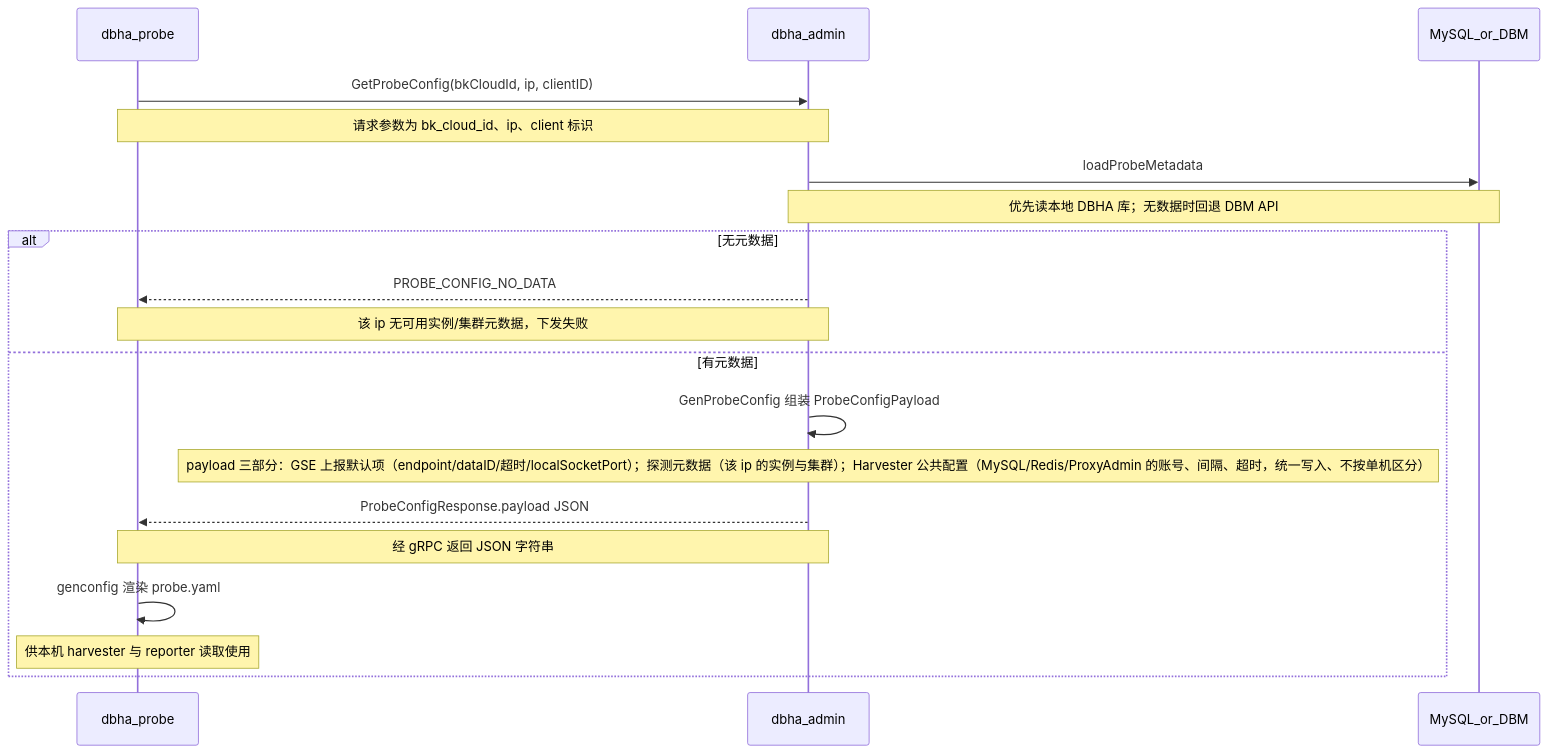
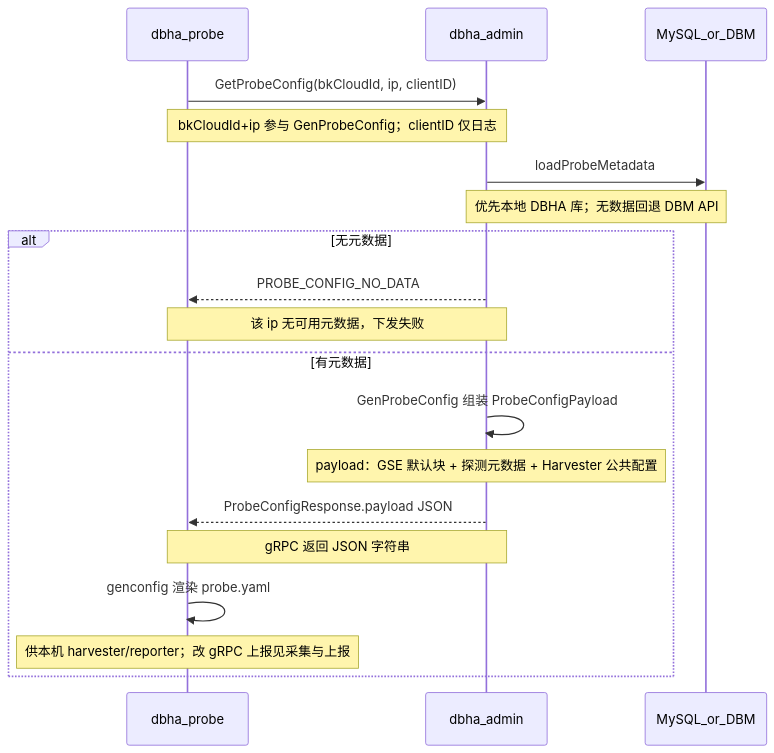
One commit to TencentBlueKing/blueking-dbm changed the diagram in dbm-services/common/dbha-v2/docs/flows/config-sync.md. Above: the diagram before and after it, drawn with Mermaid. The commit also changed other lines of this file and 8 other files, not shown here.

Commit message:
docs(dbha-v2): refine enter-window docs and Mermaid flowcharts. issue: #19000

````diff
--- a/dbm-services/common/dbha-v2/docs/flows/config-sync.md
+++ b/dbm-services/common/dbha-v2/docs/flows/config-sync.md
@@ -23,25 +21,25 @@
 ```mermaid
 sequenceDiagram
   participant Probe as dbha_probe
   participant Admin as dbha_admin
   participant Meta as MySQL_or_DBM
 
   Probe->>Admin: GetProbeConfig(bkCloudId, ip, clientID)
-  Note over Probe,Admin: 请求参数为 bk_cloud_id、ip、client 标识
+  Note over Probe,Admin: bkCloudId+ip 参与 GenProbeConfig；clientID 仅日志
 
   Admin->>Meta: loadProbeMetadata
-  Note over Admin,Meta: 优先读本地 DBHA 库；无数据时回退 DBM API
+  Note over Admin,Meta: 优先本地 DBHA 库；无数据回退 DBM API
 
   alt 无元数据
     Admin-->>Probe: PROBE_CONFIG_NO_DATA
-    Note over Probe,Admin: 该 ip 无可用实例/集群元数据，下发失败
+    Note over Probe,Admin: 该 ip 无可用元数据，下发失败
   else 有元数据
     Admin->>Admin: GenProbeConfig 组装 ProbeConfigPayload
-    Note over Admin: payload 三部分：GSE 上报默认项（endpoint/dataID/超时/localSocketPort）；探测元数据（该 ip 的实例与集群）；Harvester 公共配置（MySQL/Redis/ProxyAdmin 的账号、间隔、超时，统一写入、不按单机区分）
+    Note over Admin: payload：GSE 默认块 + 探测元数据 + Harvester 公共配置
     Admin-->>Probe: ProbeConfigResponse.payload JSON
-    Note over Admin,Probe: 经 gRPC 返回 JSON 字符串
+    Note over Admin,Probe: gRPC 返回 JSON 字符串
 
     Probe->>Probe: genconfig 渲染 probe.yaml
-    Note over Probe: 供本机 harvester 与 reporter 读取使用
+    Note over Probe: 供本机 harvester/reporter；改 gRPC 上报见采集与上报
   end
 ```
````
